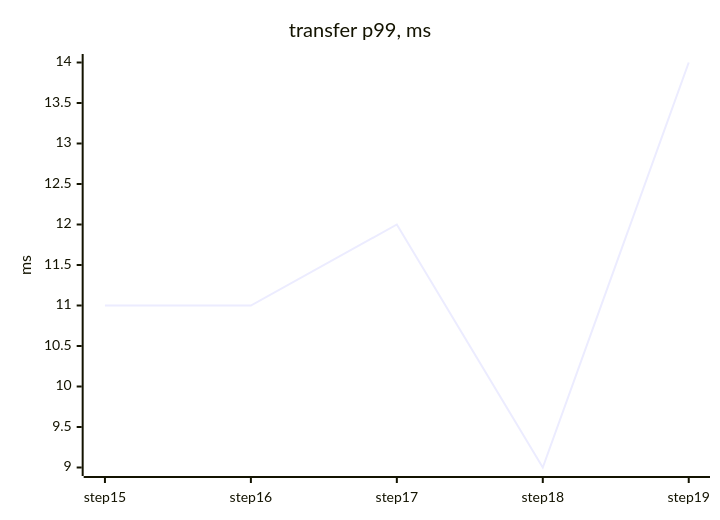
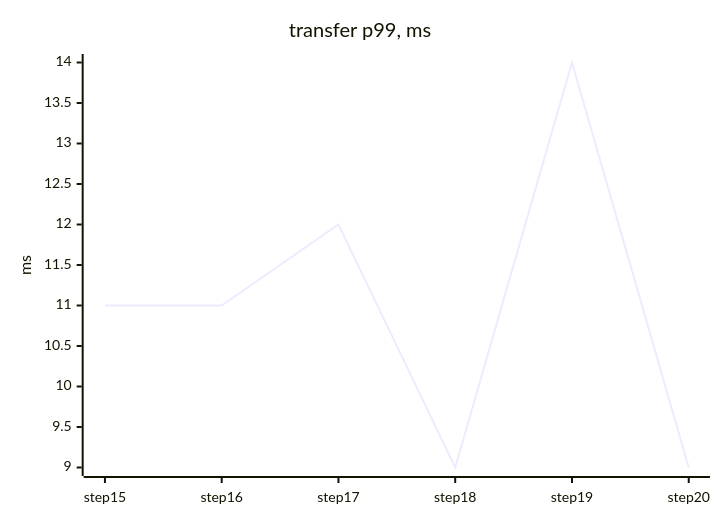
Before and after one commit to tanvoid0/ledgerflow: the first of 4 diagrams in docs/perf/README.md, drawn with Mermaid. The commit also changed other lines of this file and 8 other files, not shown here.

````diff
--- a/docs/perf/README.md
+++ b/docs/perf/README.md
@@ -22,7 +23,7 @@
 ```mermaid
 xychart-beta
     title "transfer p99, ms"
-    x-axis ["step15", "step16", "step17", "step18", "step19"]
+    x-axis ["step15", "step16", "step17", "step18", "step19", "step20"]
     y-axis "ms"
-    line [11, 11, 12, 9, 14]
+    line [11, 11, 12, 9, 14, 9]
 ```
````
